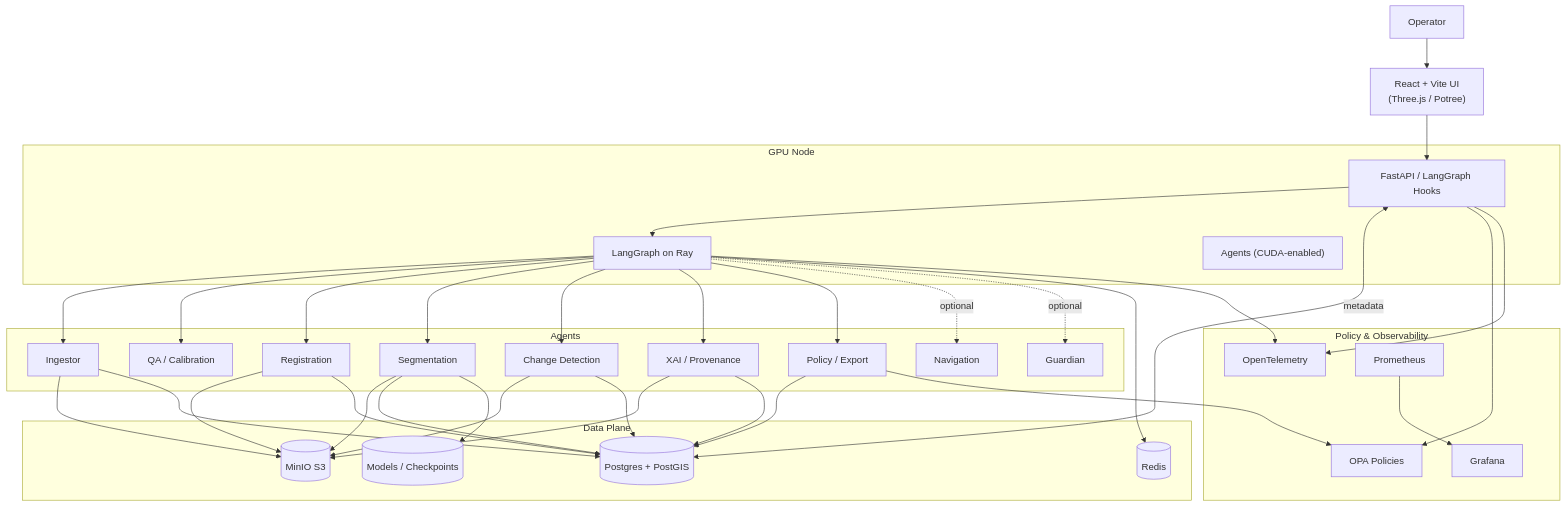
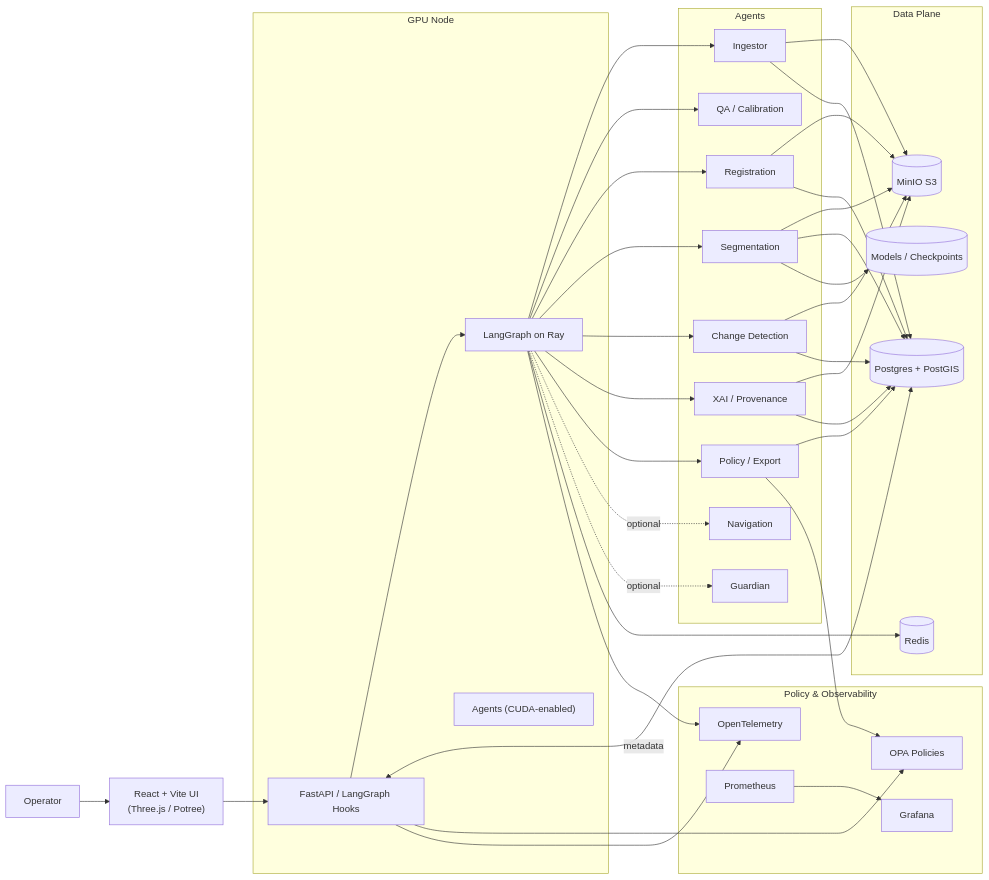
The second of 2 diagrams in README.md (aurelius-in/RoboRouter), drawn with Mermaid before and after one commit. The commit also changed other lines of this file, not shown here.

Commit message:
Increase Mermaid diagram font size for readability in README.

````diff
--- a/README.md
+++ b/README.md
@@ -157,69 +161,69 @@
 ```mermaid
-graph TD
+graph LR
   User["Operator"] --> UI["React + Vite UI\n(Three.js / Potree)"]
   UI --> API["FastAPI / LangGraph Hooks"]
   API --> Orchestrator["LangGraph on Ray"]
 
   subgraph Agents
     ING["Ingestor"]
     QA["QA / Calibration"]
     REG["Registration"]
     SEG["Segmentation"]
     CHG["Change Detection"]
     XAI["XAI / Provenance"]
     EXP["Policy / Export"]
     NAV["Navigation"]
     GRD["Guardian"]
   end
 
   Orchestrator --> ING
   Orchestrator --> QA
   Orchestrator --> REG
   Orchestrator --> SEG
   Orchestrator --> CHG
   Orchestrator --> XAI
   Orchestrator --> EXP
   Orchestrator -. optional .-> NAV
   Orchestrator -. optional .-> GRD
 
   subgraph Data Plane
     MINIO[("MinIO S3")]
     PG[("Postgres + PostGIS")]
     REDIS[("Redis")]
     MODELS[("Models / Checkpoints")]
   end
 
   ING --> MINIO
   REG --> MINIO
   SEG --> MINIO
   CHG --> MINIO
   XAI --> MINIO
   API <-->|metadata| PG
   ING --> PG
   REG --> PG
   SEG --> PG
   CHG --> PG
   XAI --> PG
   EXP --> PG
   SEG --> MODELS
   Orchestrator --> REDIS
 
   subgraph Policy & Observability
     OPA["OPA Policies"]
     OTel["OpenTelemetry"]
     Prom["Prometheus"]
     GRAF["Grafana"]
   end
 
   API --> OPA
   EXP --> OPA
   API --> OTel
   Orchestrator --> OTel
   Prom --> GRAF
 
   subgraph GPU Node
     API
     Orchestrator
     AgentsGroup["Agents (CUDA-enabled)"]
   end
 ```
````
